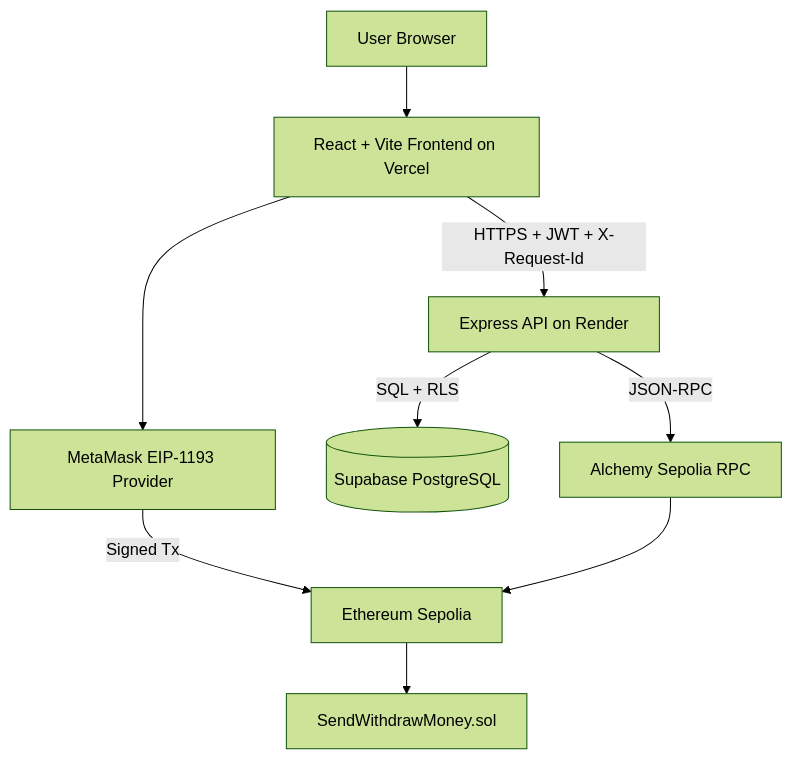
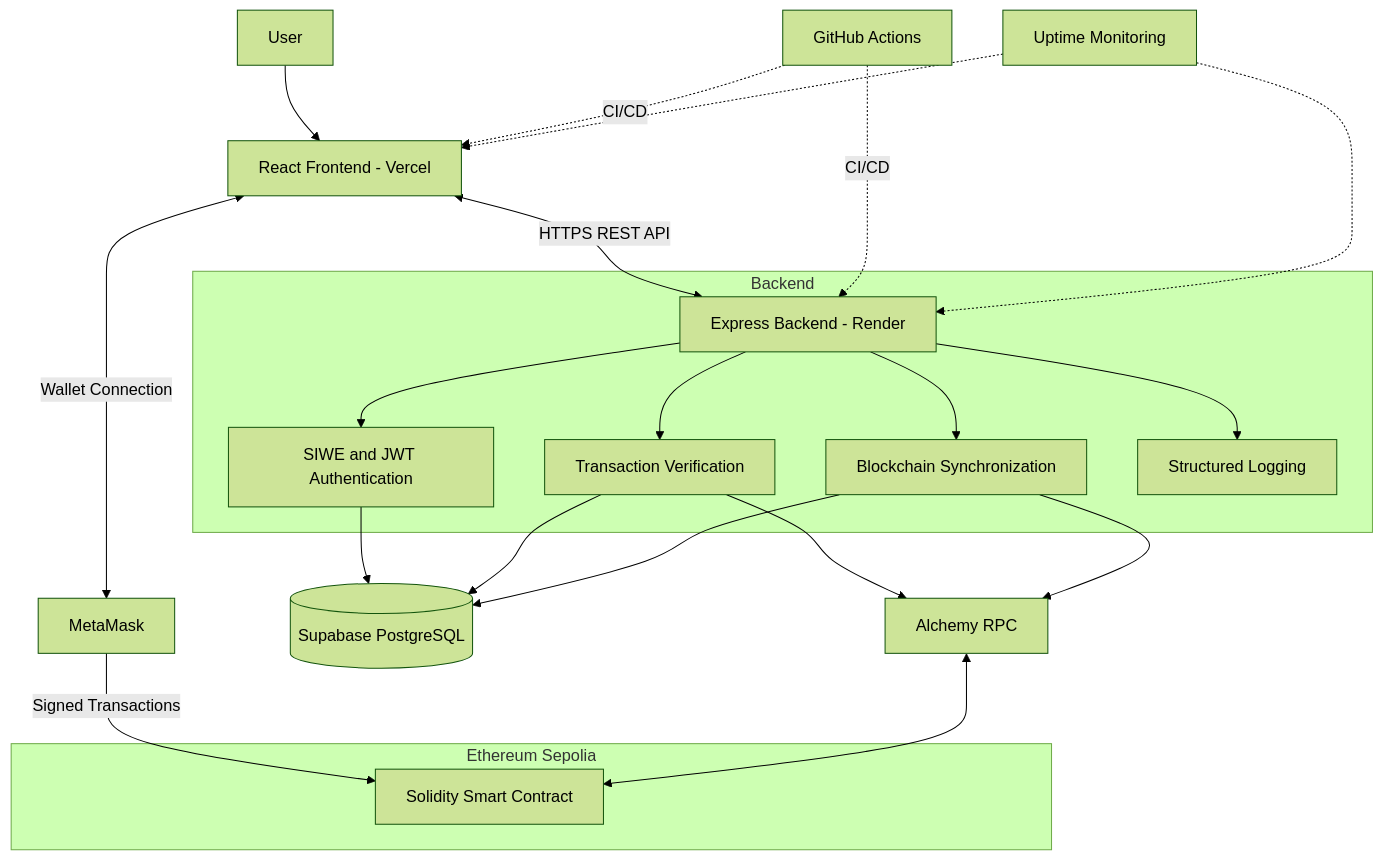
One commit to Sidhant322129/eth-wallet-dapp changed the first of 4 diagrams in README.md. Above: the diagram before and after it, drawn with Mermaid (forest theme). The commit also changed other lines of this file, not shown here.

````diff
--- a/README.md
+++ b/README.md
@@ -60,11 +135,35 @@
 ```mermaid
-flowchart TD
-    U[User Browser] --> F[React + Vite Frontend on Vercel]
-    F --> M[MetaMask EIP-1193 Provider]
-    F -->|HTTPS + JWT + X-Request-Id| B[Express API on Render]
-    M -->|Signed Tx| E[Ethereum Sepolia]
-    B -->|SQL + RLS| D[(Supabase PostgreSQL)]
-    B -->|JSON-RPC| A[Alchemy Sepolia RPC]
-    A --> E
-    E --> S[SendWithdrawMoney.sol]
+flowchart TB
+    U[User] --> F[React Frontend - Vercel]
+
+    F <-->|Wallet Connection| M[MetaMask]
+    M -->|Signed Transactions| C[Solidity Smart Contract]
+
+    F <-->|HTTPS REST API| B[Express Backend - Render]
+
+    subgraph Backend
+        B --> A[SIWE and JWT Authentication]
+        B --> V[Transaction Verification]
+        B --> S[Blockchain Synchronization]
+        B --> L[Structured Logging]
+    end
+
+    A --> D[(Supabase PostgreSQL)]
+    V --> D
+    S --> D
+
+    V --> R[Alchemy RPC]
+    S --> R
+
+    R <--> C
+
+    subgraph Ethereum Sepolia
+        C
+    end
+
+    G[GitHub Actions] -.->|CI/CD| F
+    G -.->|CI/CD| B
+
+    O[Uptime Monitoring] -.-> F
+    O -.-> B
 ```
````
